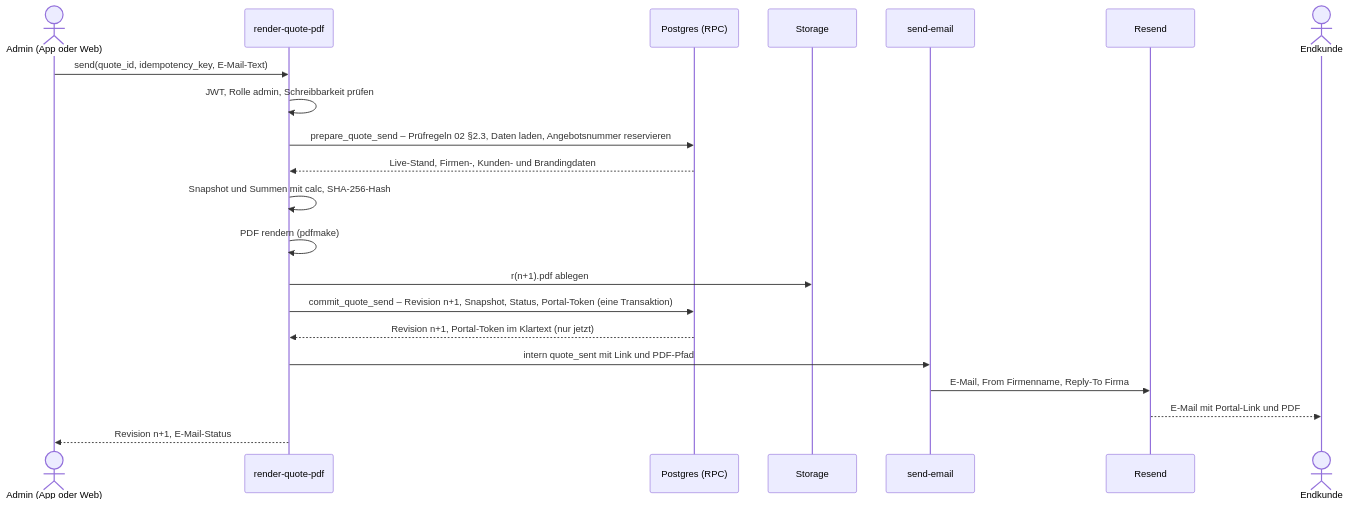
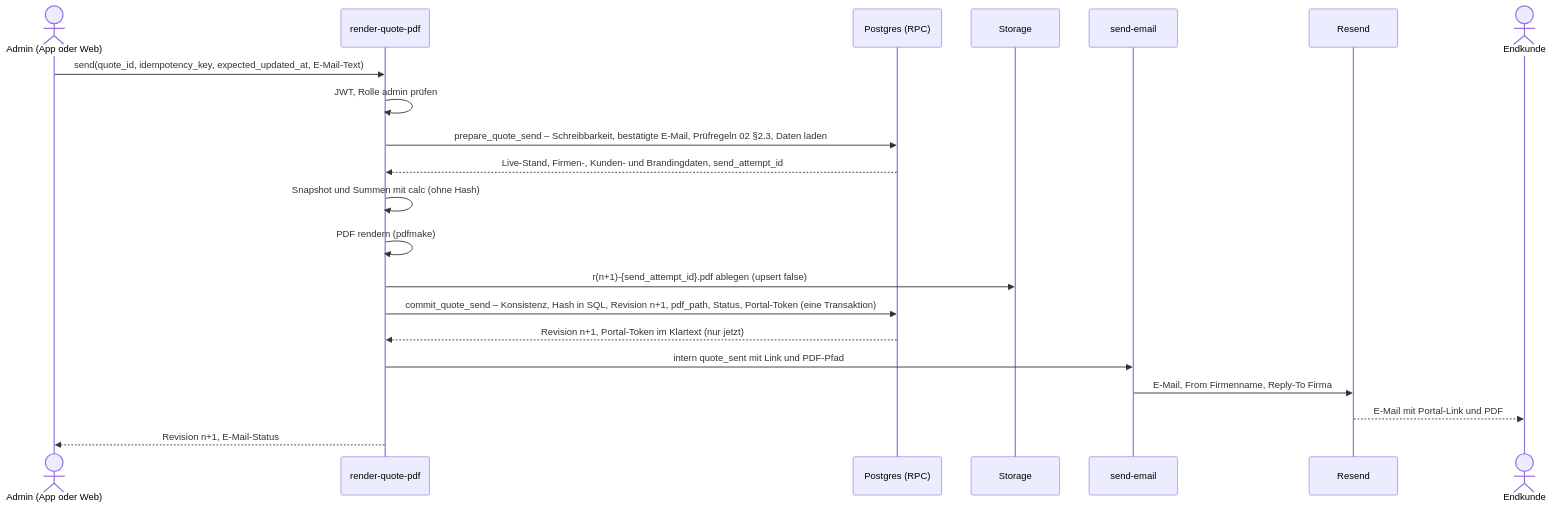
One commit to Maddin1337/catering-app changed the third of 7 diagrams in docs/05-architektur.md. Above: the diagram before and after it, drawn with Mermaid. The commit also changed other lines of this file and 5 other files, not shown here.

````diff
--- a/docs/05-architektur.md
+++ b/docs/05-architektur.md
@@ -649,23 +646,23 @@
 ```mermaid
 sequenceDiagram
     actor A as Admin (App oder Web)
     participant F as render-quote-pdf
     participant DB as Postgres (RPC)
     participant S as Storage
     participant M as send-email
     participant R as Resend
     actor K as Endkunde
-    A->>F: send(quote_id, idempotency_key, E-Mail-Text)
-    F->>F: JWT, Rolle admin, Schreibbarkeit prüfen
-    F->>DB: prepare_quote_send – Prüfregeln 02 §2.3, Daten laden, Angebotsnummer reservieren
-    DB-->>F: Live-Stand, Firmen-, Kunden- und Brandingdaten
-    F->>F: Snapshot und Summen mit calc, SHA-256-Hash
+    A->>F: send(quote_id, idempotency_key, expected_updated_at, E-Mail-Text)
+    F->>F: JWT, Rolle admin prüfen
+    F->>DB: prepare_quote_send – Schreibbarkeit, bestätigte E-Mail, Prüfregeln 02 §2.3, Daten laden
+    DB-->>F: Live-Stand, Firmen-, Kunden- und Brandingdaten, send_attempt_id
+    F->>F: Snapshot und Summen mit calc (ohne Hash)
     F->>F: PDF rendern (pdfmake)
-    F->>S: r(n+1).pdf ablegen
-    F->>DB: commit_quote_send – Revision n+1, Snapshot, Status, Portal-Token (eine Transaktion)
+    F->>S: r(n+1)-{send_attempt_id}.pdf ablegen (upsert false)
+    F->>DB: commit_quote_send – Konsistenz, Hash in SQL, Revision n+1, pdf_path, Status, Portal-Token (eine Transaktion)
     DB-->>F: Revision n+1, Portal-Token im Klartext (nur jetzt)
     F->>M: intern quote_sent mit Link und PDF-Pfad
     M->>R: E-Mail, From Firmenname, Reply-To Firma
     R-->>K: E-Mail mit Portal-Link und PDF
     F-->>A: Revision n+1, E-Mail-Status
 ```
````
